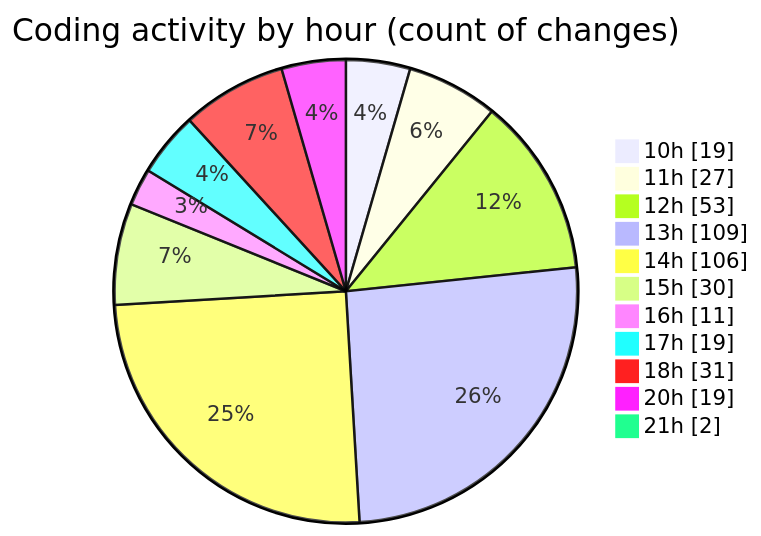
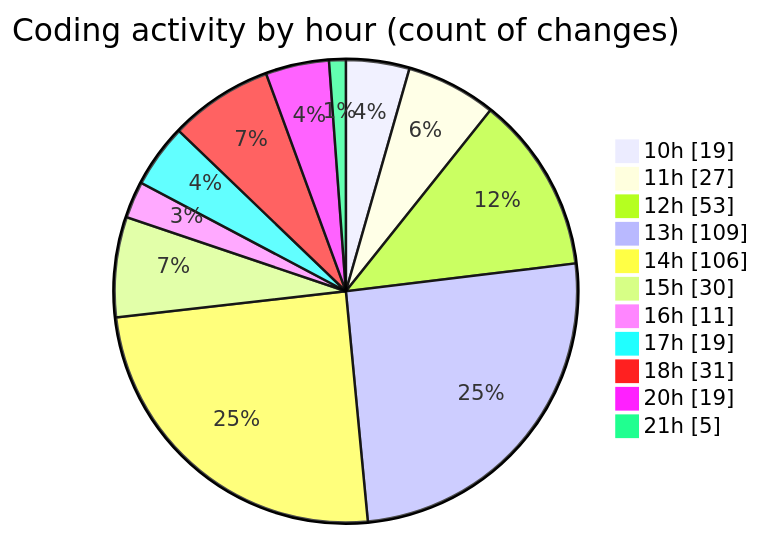
The second of 2 diagrams in 2025-03-18/cda/README.md (momahboobian/code-tracking), drawn with Mermaid before and after one commit. The commit also changed other lines of this file and 1 other file, not shown here.

````diff
--- a/2025-03-18/cda/README.md
+++ b/2025-03-18/cda/README.md
@@ -44,15 +44,15 @@
 ```mermaid
 pie showData
 title Coding activity by hour (count of changes)
 "10h" : 19
 "11h" : 27
 "12h" : 53
 "13h" : 109
 "14h" : 106
 "15h" : 30
 "16h" : 11
 "17h" : 19
 "18h" : 31
 "20h" : 19
-"21h" : 2
+"21h" : 5
 ```
````
